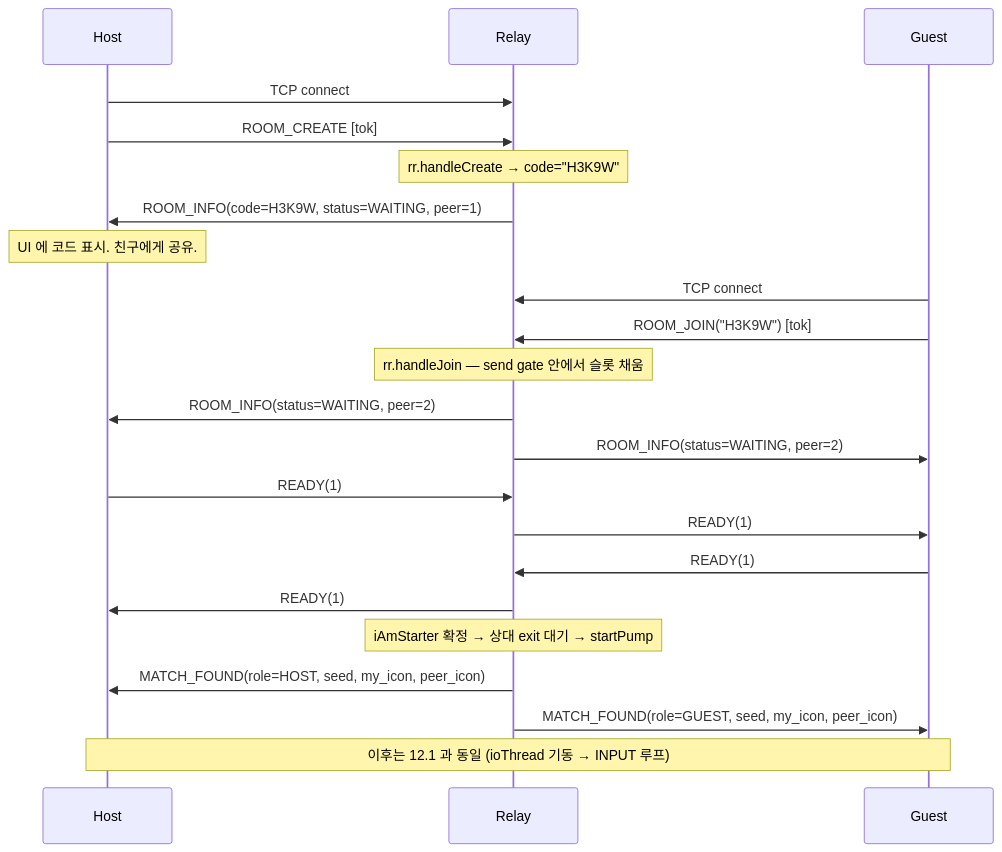
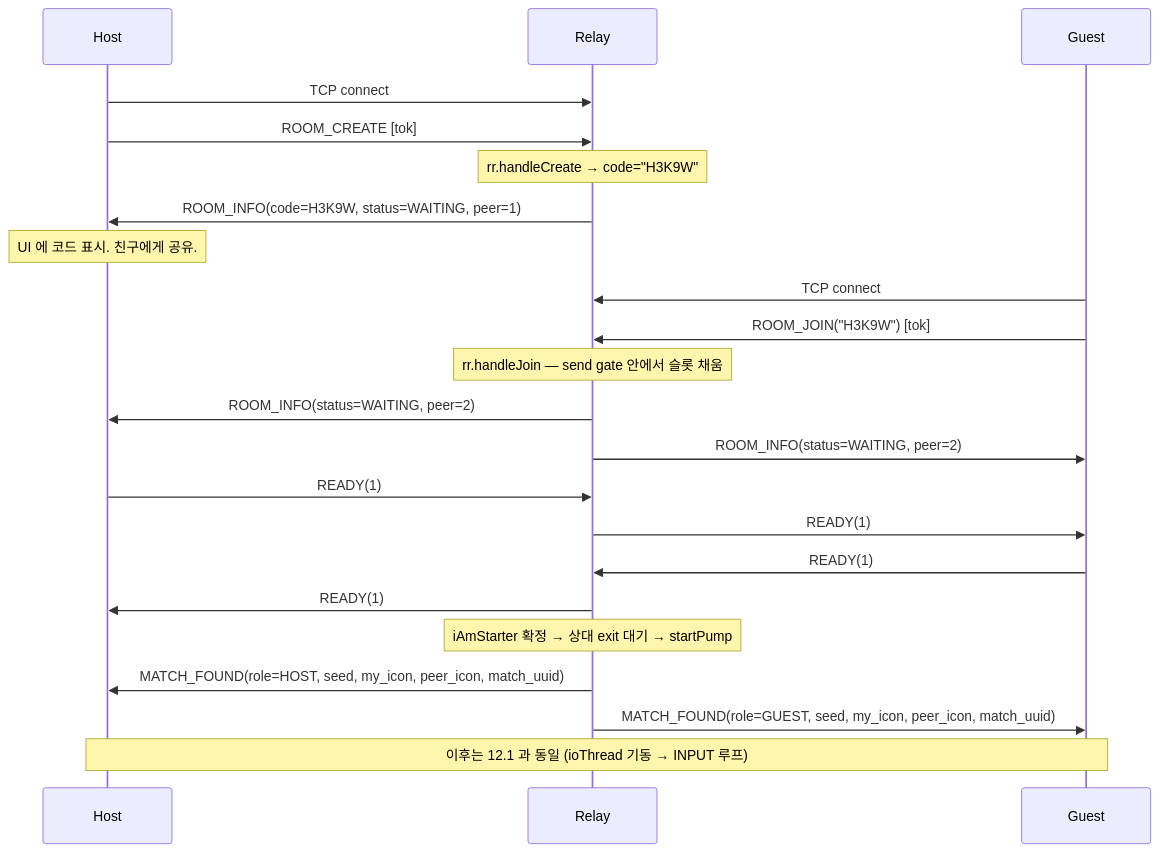
Diagram 11 of 11 in docs/blog/part7-relay-server.md (Rein-ArXiv/Tetris-Multiplayer-RL), drawn with Mermaid before and after one commit. The commit also changed other lines of this file and 28 other files, not shown here.

````diff
--- a/docs/blog/part7-relay-server.md
+++ b/docs/blog/part7-relay-server.md
@@ -3542,25 +3800,25 @@
 ```mermaid
 sequenceDiagram
     participant H as Host
     participant R as Relay
     participant G as Guest
 
     H->>R: TCP connect
     H->>R: ROOM_CREATE [tok]
     Note over R: rr.handleCreate → code="H3K9W"
     R->>H: ROOM_INFO(code=H3K9W, status=WAITING, peer=1)
     Note over H: UI 에 코드 표시. 친구에게 공유.
     G->>R: TCP connect
     G->>R: ROOM_JOIN("H3K9W") [tok]
     Note over R: rr.handleJoin — send gate 안에서 슬롯 채움
     R->>H: ROOM_INFO(status=WAITING, peer=2)
     R->>G: ROOM_INFO(status=WAITING, peer=2)
     H->>R: READY(1)
     R->>G: READY(1)
     G->>R: READY(1)
     R->>H: READY(1)
     Note over R: iAmStarter 확정 → 상대 exit 대기 → startPump
-    R->>H: MATCH_FOUND(role=HOST, seed, my_icon, peer_icon)
-    R->>G: MATCH_FOUND(role=GUEST, seed, my_icon, peer_icon)
+    R->>H: MATCH_FOUND(role=HOST, seed, my_icon, peer_icon, match_uuid)
+    R->>G: MATCH_FOUND(role=GUEST, seed, my_icon, peer_icon, match_uuid)
     Note over H,G: 이후는 12.1 과 동일 (ioThread 기동 → INPUT 루프)
 ```
````
